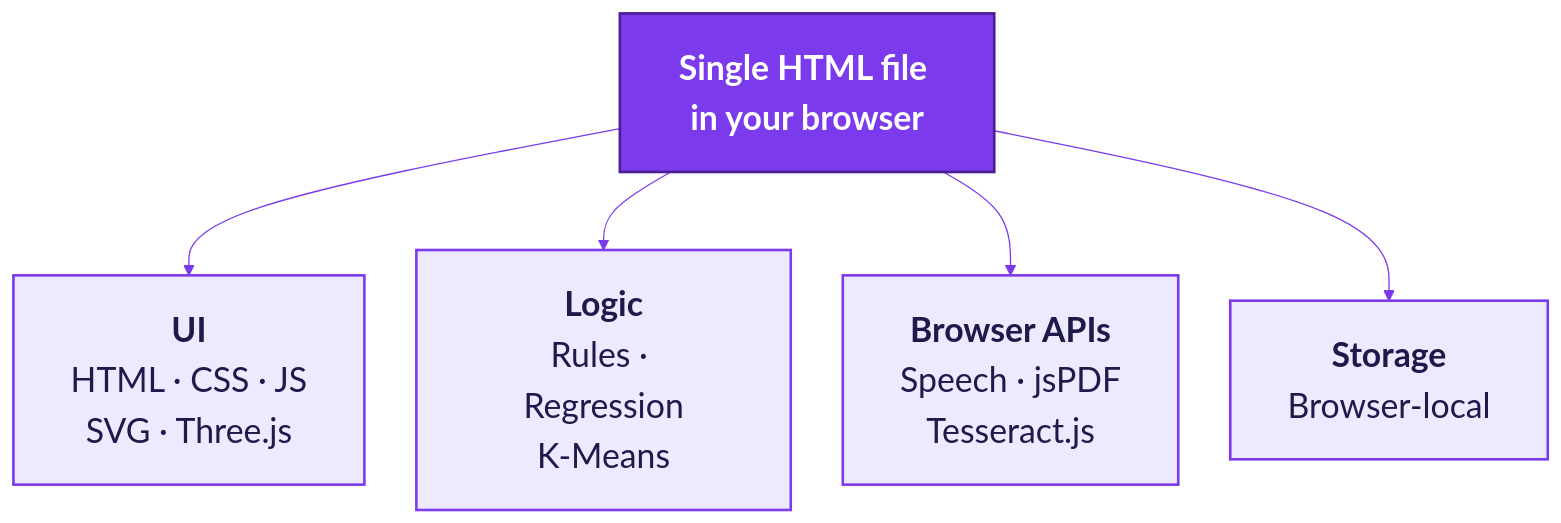
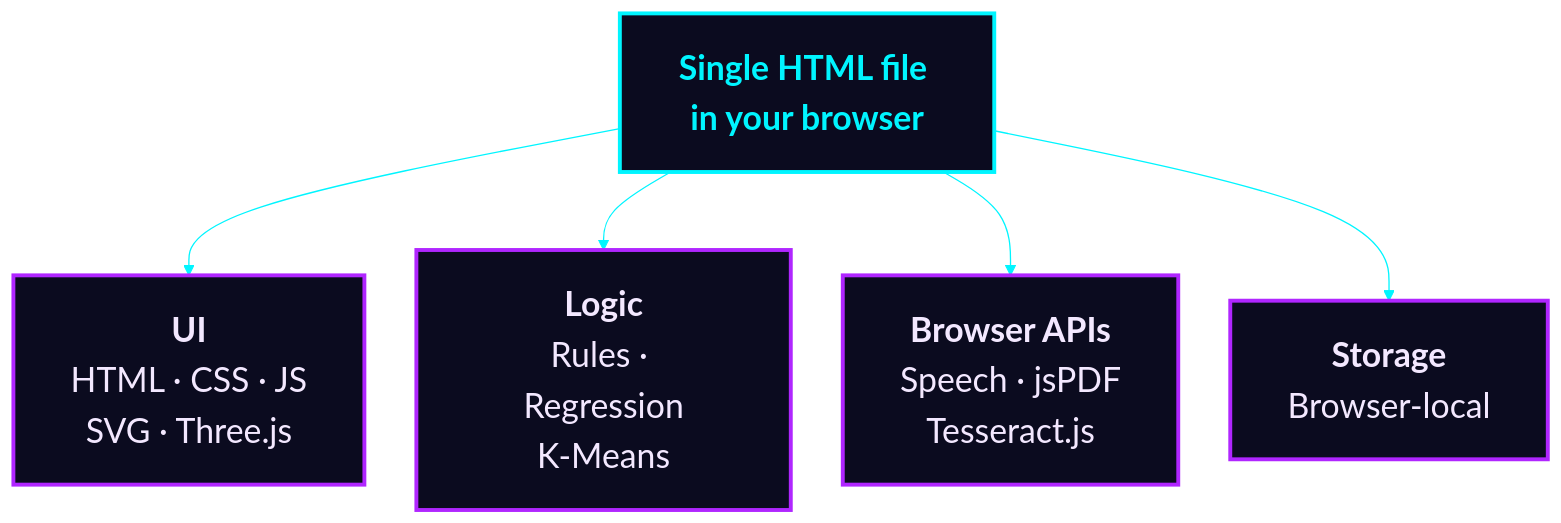
Before and after one commit to Mansi232323/MANSHORA: diagram 12 of 13 in README.md, drawn with Mermaid. The commit also changed other lines of this file, not shown here.

````diff
--- a/README.md
+++ b/README.md
@@ -484,13 +484,13 @@
 ```mermaid
-%%{init: {'theme':'base','themeVariables':{'fontSize':'26px','lineColor':'#7c3aed'},'flowchart':{'nodeSpacing':40,'rankSpacing':60,'padding':22,'htmlLabels':true}}}%%
+%%{init: {'theme':'base','themeVariables':{'fontSize':'26px','lineColor':'#00f5ff','clusterBkg':'#0b0b1f','clusterBorder':'#ff00e5','titleColor':'#ff00e5','edgeLabelBackground':'#0b0b1f'},'flowchart':{'nodeSpacing':40,'rankSpacing':60,'padding':22,'htmlLabels':true}}}%%
 flowchart TB
     B["<b>Single HTML file in your browser</b>"]
     B --> U["<b>UI</b><br/>HTML · CSS · JS<br/>SVG · Three.js"]
     B --> L["<b>Logic</b><br/>Rules · Regression<br/>K-Means"]
     B --> A["<b>Browser APIs</b><br/>Speech · jsPDF<br/>Tesseract.js"]
     B --> S["<b>Storage</b><br/>Browser-local"]
-    classDef core fill:#7c3aed,stroke:#4c1d95,stroke-width:2px,color:#ffffff
-    classDef n fill:#ede9fe,stroke:#7c3aed,stroke-width:2px,color:#1e1b4b
+    classDef core fill:#0b0b1f,stroke:#00f5ff,stroke-width:3px,color:#00f5ff
+    classDef n fill:#0b0b1f,stroke:#b026ff,stroke-width:3px,color:#f3e8ff
     class B core
     class U,L,A,S n
 ```
````
